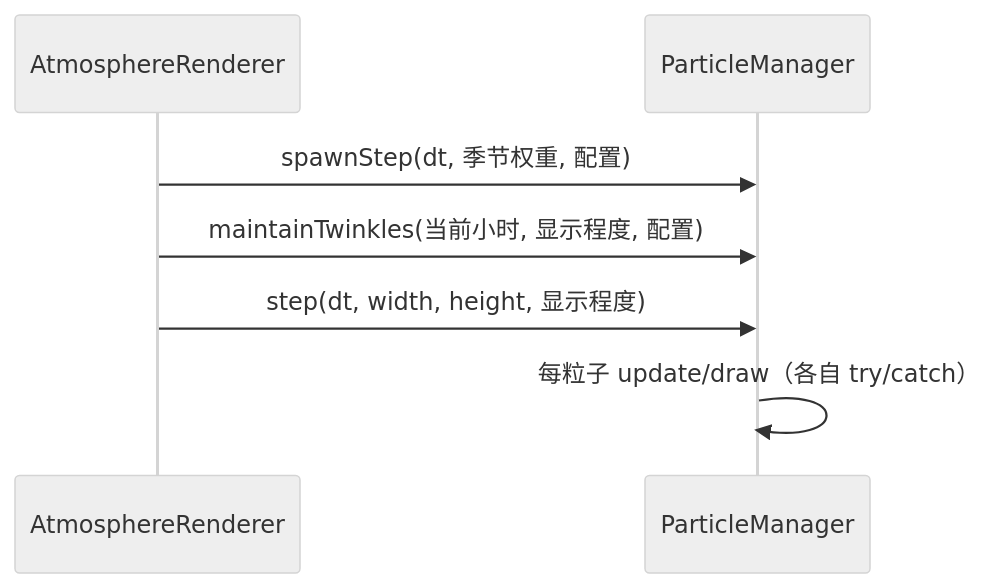
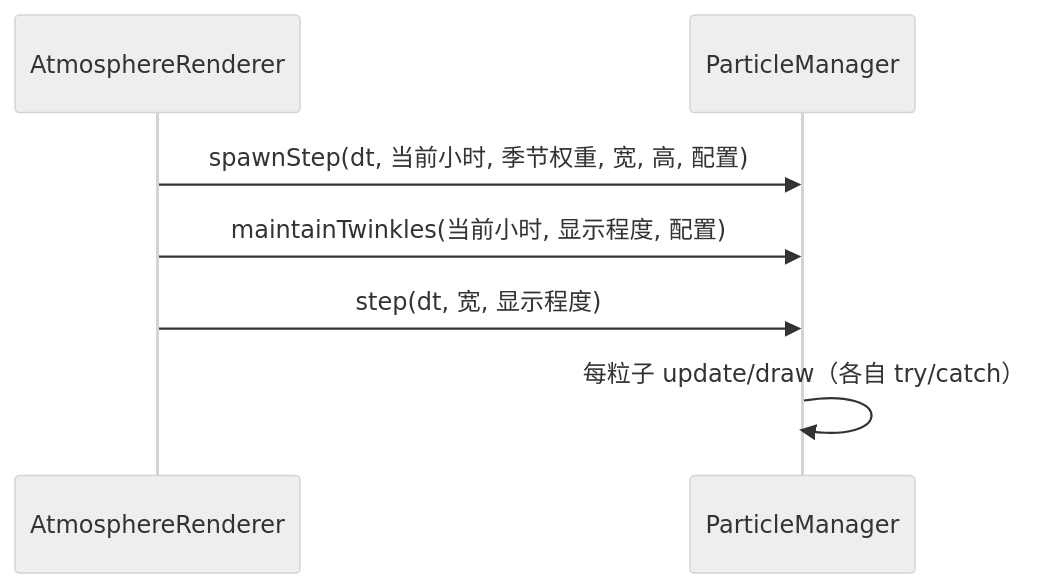
One commit to Flmpx/season-switch changed the third of 3 diagrams in docs/design.md. Above: the diagram before and after it, drawn with Mermaid (neutral theme). The commit also changed other lines of this file and 5 other files, not shown here.

````diff
--- a/docs/design.md
+++ b/docs/design.md
@@ -184,9 +196,9 @@
 ```mermaid
 sequenceDiagram
     participant A as AtmosphereRenderer
     participant M as ParticleManager
-    A->>M: spawnStep(dt, 季节权重, 配置)
+    A->>M: spawnStep(dt, 当前小时, 季节权重, 宽, 高, 配置)
     A->>M: maintainTwinkles(当前小时, 显示程度, 配置)
-    A->>M: step(dt, width, height, 显示程度)
+    A->>M: step(dt, 宽, 显示程度)
     M->>M: 每粒子 update/draw（各自 try/catch）
 ```
````
